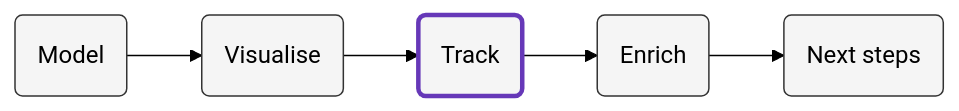
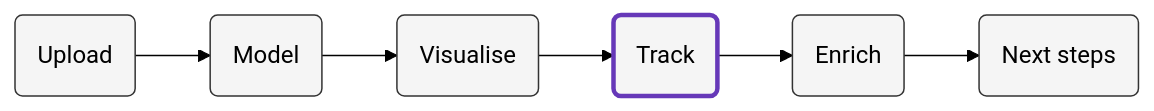
Before and after one commit to snowplow/marketing-attribution-accelerator: the diagram in content/tracking/_index.md, drawn with Mermaid (forest theme). The commit also changed other lines of this file and 19 other files, not shown here.

```diff
--- a/content/tracking/_index.md
+++ b/content/tracking/_index.md
@@ -14,9 +14,10 @@
 {{<mermaid>}}
 flowchart LR
-    id1(Model)-->id2(Visualise)-->id3(Track)-->id4(Enrich)-->id5(Next steps)
-    style id3 fill:#f5f5f5,stroke:#6638B8,stroke-width:3px
+    id1(Upload)-->id2(Model)-->id3(Visualise)-->id4(Track)-->id5(Enrich)-->id6(Next steps)
     style id1 fill:#f5f5f5,stroke:#333,stroke-width:1px
     style id2 fill:#f5f5f5,stroke:#333,stroke-width:1px
-    style id4 fill:#f5f5f5,stroke:#333,stroke-width:1px
+    style id3 fill:#f5f5f5,stroke:#333,stroke-width:1px
+    style id4 fill:#f5f5f5,stroke:#6638B8,stroke-width:3px
     style id5 fill:#f5f5f5,stroke:#333,stroke-width:1px
+    style id6 fill:#f5f5f5,stroke:#333,stroke-width:1px
 {{</mermaid >}}
```
